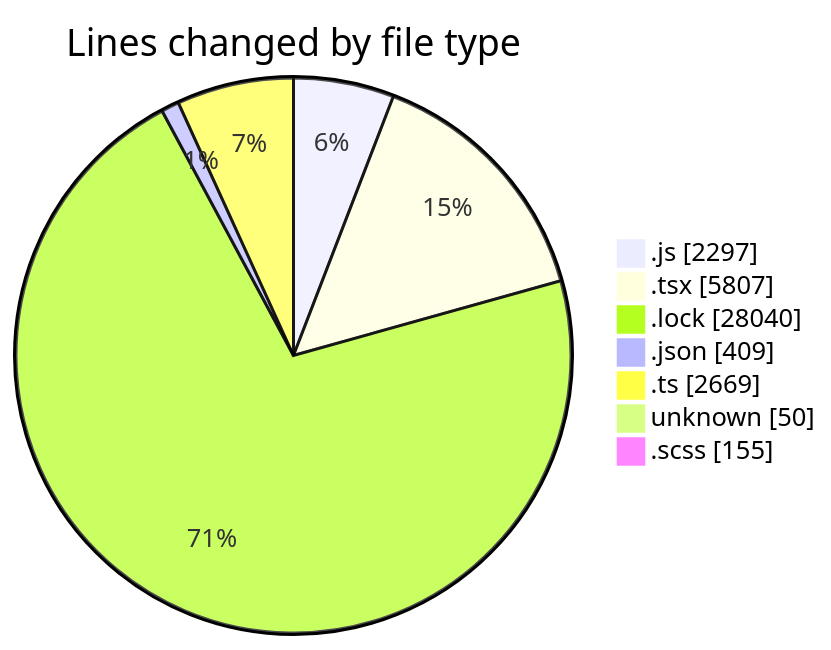
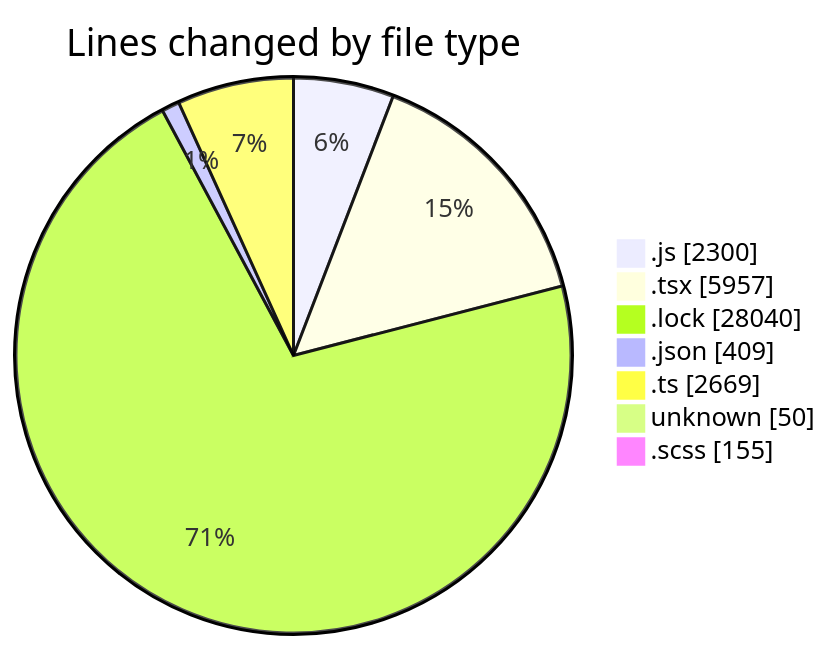
Before and after one commit to momahboobian/code-tracking: the first of 2 diagrams in 2026-06-16/cda/README.md, drawn with Mermaid. The commit also changed other lines of this file and 1 other file, not shown here.

````diff
--- a/2026-06-16/cda/README.md
+++ b/2026-06-16/cda/README.md
@@ -72,11 +72,11 @@
 ```mermaid
 pie showData
 title Lines changed by file type
-".js" : 2297
-".tsx" : 5807
+".js" : 2300
+".tsx" : 5957
 ".lock" : 28040
 ".json" : 409
 ".ts" : 2669
 "unknown" : 50
 ".scss" : 155
 ```
````
